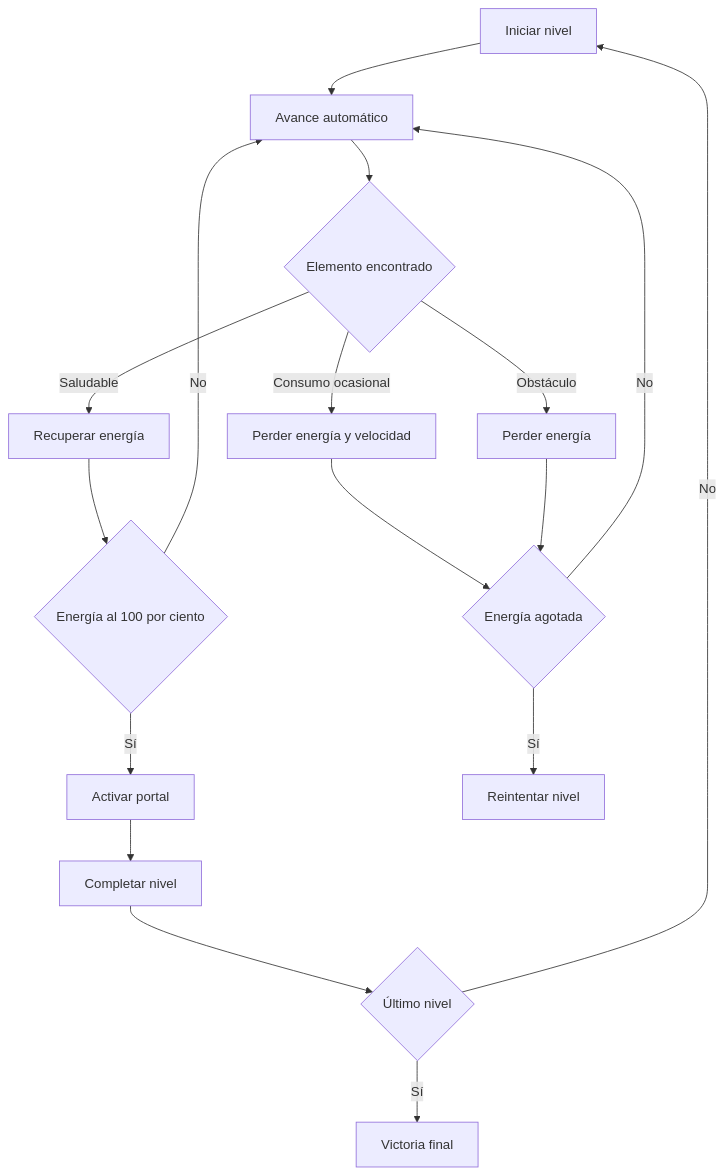
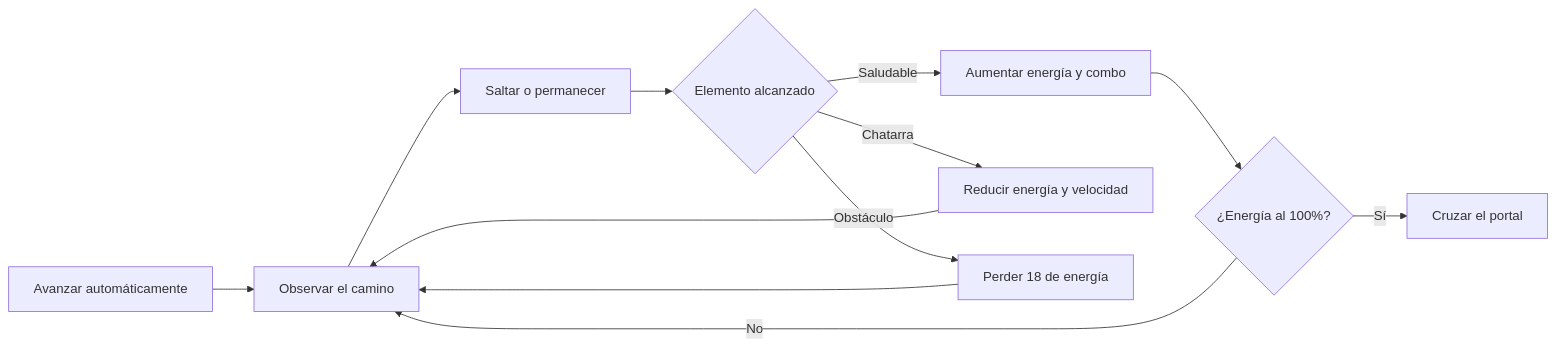
Before and after one commit to katfipol/game-development-portfolio: the diagram in juegos/nutrifest/README.md, drawn with Mermaid. The commit also changed other lines of this file and 7 other files, not shown here.

````diff
--- a/juegos/nutrifest/README.md
+++ b/juegos/nutrifest/README.md
@@ -138,19 +158,14 @@
 ```mermaid
-flowchart TD
-    A[Iniciar nivel] --> B[Avance automático]
-    B --> C{Elemento encontrado}
-    C -->|Saludable| D[Recuperar energía]
-    C -->|Consumo ocasional| E[Perder energía y velocidad]
-    C -->|Obstáculo| F[Perder energía]
-    D --> G{Energía al 100 por ciento}
-    E --> H{Energía agotada}
-    F --> H
-    G -->|No| B
-    G -->|Sí| I[Activar portal]
+flowchart LR
+    A[Avanzar automáticamente] --> B[Observar el camino]
+    B --> C[Saltar o permanecer]
+    C --> D{Elemento alcanzado}
+    D -->|Saludable| E[Aumentar energía y combo]
+    D -->|Chatarra| F[Reducir energía y velocidad]
+    D -->|Obstáculo| G[Perder 18 de energía]
+    E --> H{¿Energía al 100%?}
+    F --> B
+    G --> B
+    H -->|Sí| I[Cruzar el portal]
     H -->|No| B
-    H -->|Sí| J[Reintentar nivel]
-    I --> K[Completar nivel]
-    K --> L{Último nivel}
-    L -->|No| A
-    L -->|Sí| M[Victoria final]
 ```
````
